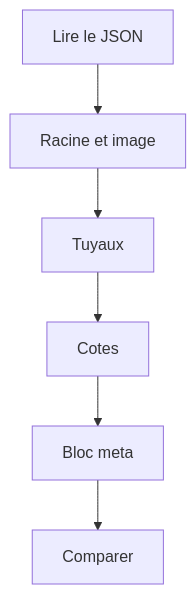
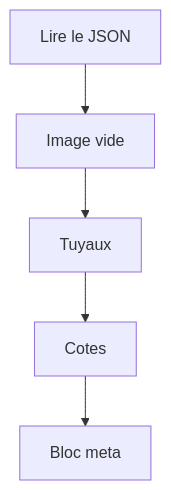
Before and after one commit to galsen-76/Informatique-: the diagram in 07 — Exercices et projets/Projet - Graphe vers XML CVAT/Cours - Du JSON au XML, convertir le graphe en annotations CVAT.md, drawn with Mermaid. The commit also changed other lines of this file and 5 other files, not shown here.

````diff
--- a/07 — Exercices et projets/Projet - Graphe vers XML CVAT/Cours - Du JSON au XML, convertir le graphe en annotations CVAT.md
+++ b/07 — Exercices et projets/Projet - Graphe vers XML CVAT/Cours - Du JSON au XML, convertir le graphe en annotations CVAT.md
@@ -149,8 +261,7 @@
 ```mermaid
 flowchart TD
-  A[Lire le JSON] --> B[Racine et image]
+  A[Lire le JSON] --> B[Image vide]
   B --> C[Tuyaux]
   C --> D[Cotes]
   D --> E[Bloc meta]
-  E --> F[Comparer]
 ```
````
